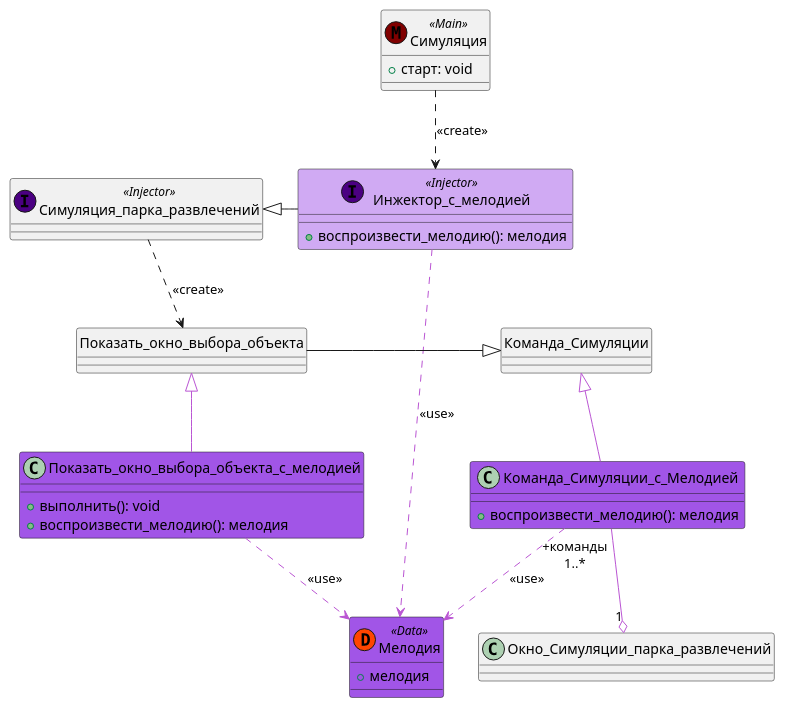
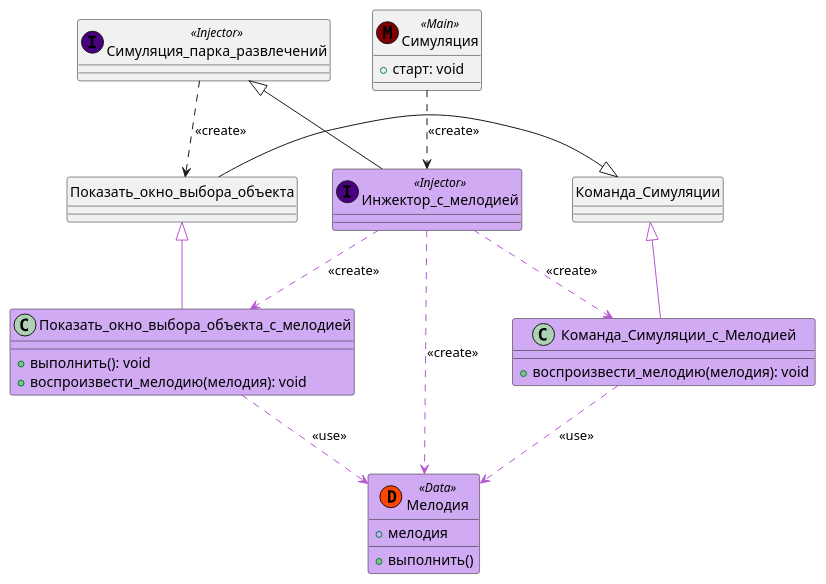
One commit to mzhirko/amusement-park changed the diagram in description/diagrams/diagrams-ru/development-class/class-develop-music.wsd. Above: the diagram before and after it, drawn with PlantUML. The commit also changed 8 other files, not shown here.

Commit message:
Remove ui dependencies in development diagrams

```diff
--- a/description/diagrams/diagrams-ru/development-class/class-develop-music.wsd
+++ b/description/diagrams/diagrams-ru/development-class/class-develop-music.wsd
@@ -1,46 +1,47 @@
 @startuml
 Симуляция ..> Инжектор_с_мелодией: <<create>>
-Инжектор_с_мелодией .[#MediumOrchid].> Мелодия: <<use>>
+Инжектор_с_мелодией .[#MediumOrchid].> Мелодия: <<create>>
+Инжектор_с_мелодией .[#MediumOrchid].> Команда_Симуляции_с_Мелодией: <<create>>
+Инжектор_с_мелодией .[#MediumOrchid].> Показать_окно_выбора_объекта_с_мелодией: <<create>>
 Симуляция_парка_развлечений <|- Инжектор_с_мелодией
 Показать_окно_выбора_объекта <|-[#MediumOrchid]- Показать_окно_выбора_объекта_с_мелодией
 Команда_Симуляции <|-[#MediumOrchid]- Команда_Симуляции_с_Мелодией
 Показать_окно_выбора_объекта_с_мелодией .[#MediumOrchid].> Мелодия: <<use>>
 Команда_Симуляции_с_Мелодией .[#MediumOrchid].> Мелодия: <<use>>
 
 class Симуляция_парка_развлечений << (I,Indigo) Injector >> {
 }
 
 class Инжектор_с_мелодией << (I,Indigo) Injector >> #D0AAF3 {
-+ воспроизвести_мелодию(): мелодия
 }
 
 class Показать_окно_выбора_объекта {
 }
 
-class Показать_окно_выбора_объекта_с_мелодией #A155E7 {
+class Показать_окно_выбора_объекта_с_мелодией #D0AAF3 {
     + выполнить(): void
-    + воспроизвести_мелодию(): мелодия
+    + воспроизвести_мелодию(мелодия): void
 }
 
 class Симуляция << (M,Maroon) Main >> {
 + старт: void
 }
 
 class Команда_Симуляции {
 }
 
-class Команда_Симуляции_с_Мелодией #A155E7 {
-    + воспроизвести_мелодию(): мелодия
+class Команда_Симуляции_с_Мелодией #D0AAF3 {
+    + воспроизвести_мелодию(мелодия): void
 }
 
-class Мелодия << (D,OrangeRed) Data>> #A155E7 {
+class Мелодия << (D,OrangeRed) Data>> #D0AAF3 {
     + мелодия
+    + выполнить()
 }
 
 hide Показать_окно_выбора_объекта circle
 hide Команда_Симуляции circle
 
 Симуляция_парка_развлечений ..> Показать_окно_выбора_объекта: <<create>>
 Показать_окно_выбора_объекта -|> Команда_Симуляции
-Команда_Симуляции_с_Мелодией " +команды\n 1..*" -[#MediumOrchid]-o "1" Окно_Симуляции_парка_развлечений
 @enduml
```
